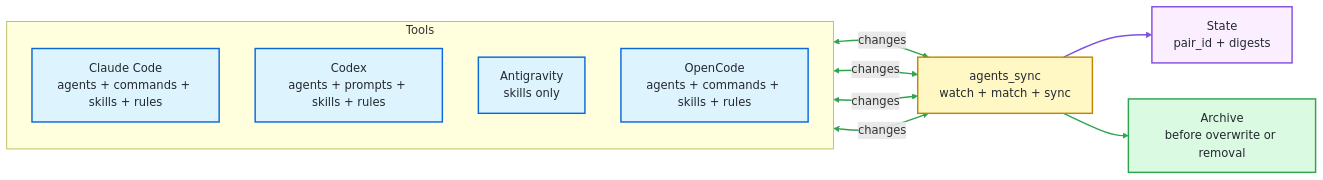
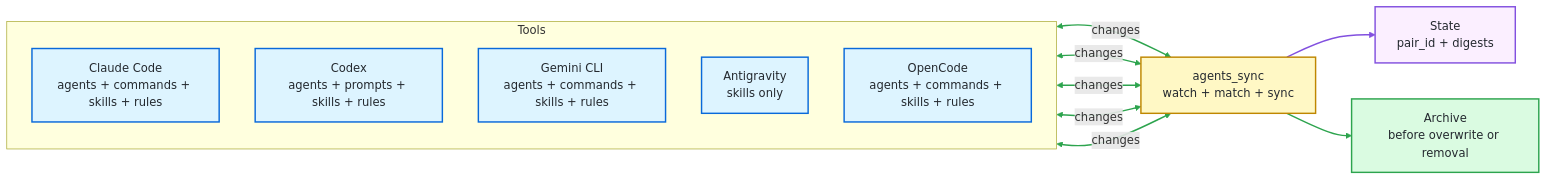
One commit to cognitivesand/agents_sync changed the diagram in README.md. Above: the diagram before and after it, drawn with Mermaid. The commit also changed other lines of this file and 23 other files, not shown here.

Commit message:
feat: add Gemini CLI adapter

````diff
--- a/README.md
+++ b/README.md
@@ -65,35 +65,37 @@
 ```mermaid
 flowchart LR
     subgraph Tools["Tools"]
         direction TB
         Claude["Claude Code<br/>agents + commands + skills + rules"]
         Codex["Codex<br/>agents + prompts + skills + rules"]
+        Gemini["Gemini CLI<br/>agents + commands + skills + rules"]
         Antigravity["Antigravity<br/>skills only"]
         Opencode["OpenCode<br/>agents + commands + skills + rules"]
     end
 
     Sync["agents_sync<br/>watch + match + sync"]
     State["State<br/>pair_id + digests"]
     Archive["Archive<br/>before overwrite or removal"]
 
     Claude <-->|changes| Sync
     Codex <-->|changes| Sync
+    Gemini <-->|changes| Sync
     Antigravity <-->|changes| Sync
     Opencode <-->|changes| Sync
     Sync --> State
     Sync --> Archive
 
     classDef side fill:#ddf4ff,stroke:#0969da,stroke-width:2px,color:#24292f
     classDef sync fill:#fff8c5,stroke:#bf8700,stroke-width:2px,color:#24292f
     classDef state fill:#fbefff,stroke:#8250df,stroke-width:2px,color:#24292f
     classDef archive fill:#dafbe1,stroke:#2da44e,stroke-width:2px,color:#24292f
 
-    class Claude,Codex,Antigravity,Opencode side
+    class Claude,Codex,Gemini,Antigravity,Opencode side
     class Sync sync
     class State state
     class Archive archive
 
-    linkStyle 0,1,2,3 stroke:#2da44e,stroke-width:2px
-    linkStyle 4 stroke:#8250df,stroke-width:2px
-    linkStyle 5 stroke:#2da44e,stroke-width:2px
+    linkStyle 0,1,2,3,4 stroke:#2da44e,stroke-width:2px
+    linkStyle 5 stroke:#8250df,stroke-width:2px
+    linkStyle 6 stroke:#2da44e,stroke-width:2px
 ```
````
